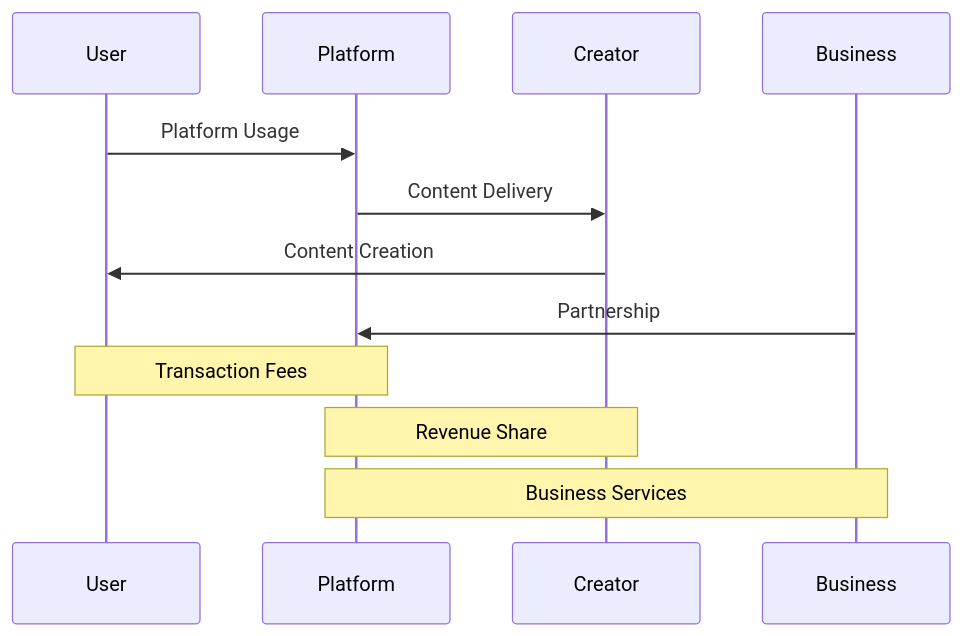
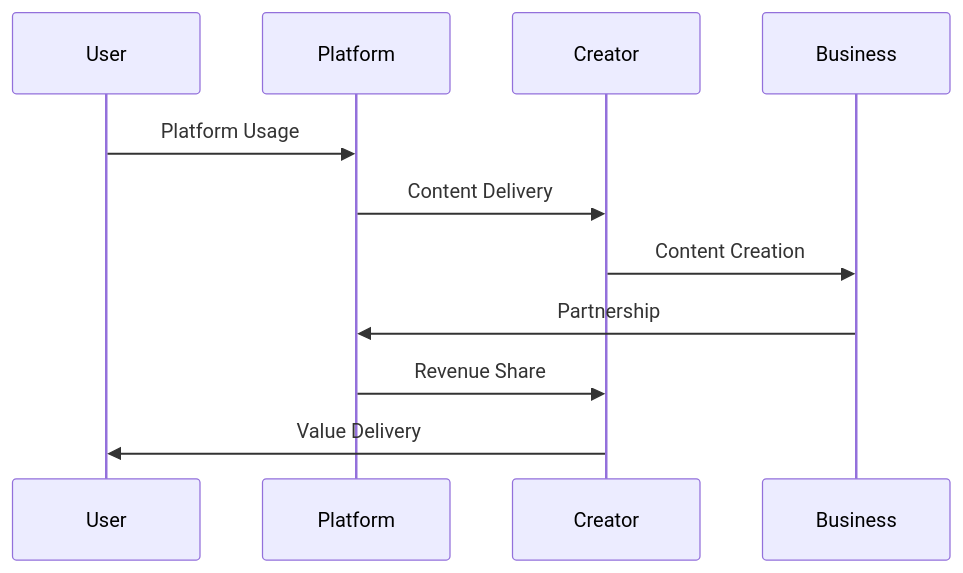
Before and after one commit to MEMEFANS/memefans: the fourth of 7 diagrams in docs/whitepaper/business-model.md, drawn with Mermaid. The commit also changed other lines of this file, not shown here.

Commit message:
fix: optimize business model flowcharts format

````diff
--- a/docs/whitepaper/business-model.md
+++ b/docs/whitepaper/business-model.md
@@ -128,16 +68,14 @@
-<div class="mermaid">
+```mermaid
 sequenceDiagram
-    participant U as User
-    participant P as Platform
-    participant C as Creator
-    participant B as Business
+    participant User
+    participant Platform
+    participant Creator
+    participant Business
     
-    U->>P: Platform Usage
-    P->>C: Content Delivery
-    C->>U: Content Creation
-    B->>P: Partnership
-    
-    Note over U,P: Transaction Fees
-    Note over P,C: Revenue Share
-    Note over B,P: Business Services
-</div>
+    User->>Platform: Platform Usage
+    Platform->>Creator: Content Delivery
+    Creator->>Business: Content Creation
+    Business->>Platform: Partnership
+    Platform->>Creator: Revenue Share
+    Creator->>User: Value Delivery
+```
````
